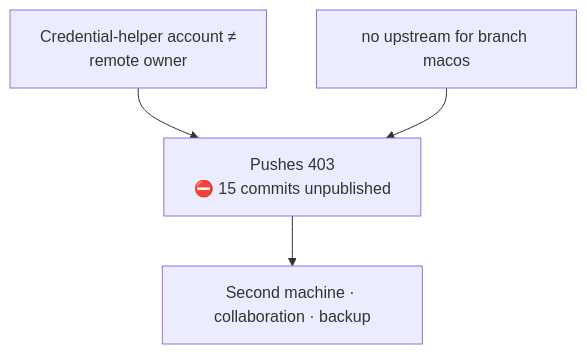
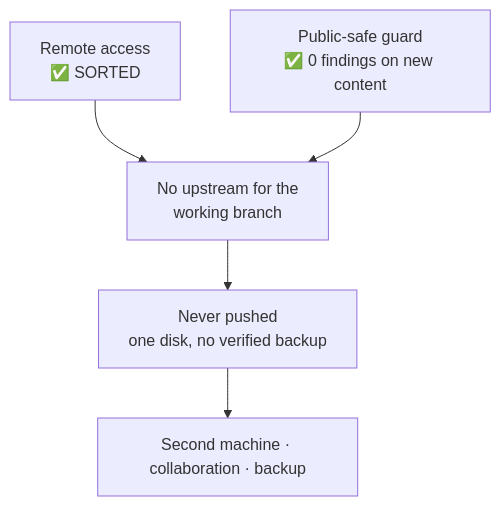
The second of 3 diagrams in docs/STATE.md (sibulus13/claudence), drawn with Mermaid before and after one commit. The commit also changed other lines of this file, not shown here.

First line of the commit message:
docs: reconcile the state page — the credential blocker cleared

````diff
--- a/docs/STATE.md
+++ b/docs/STATE.md
@@ -58,11 +63,12 @@
 ```mermaid
 flowchart TD
-  I["Credential-helper account ≠<br/>remote owner"]
-  U["no upstream for branch macos"]
-  PUSH["Pushes 403<br/>⛔ 15 commits unpublished"]
+  C["Remote access<br/>✅ SORTED"]
+  G["Public-safe guard<br/>✅ 0 findings on new content"]
+  U["No upstream for the<br/>working branch"]
+  PUSH["Never pushed<br/>one disk, no verified backup"]
   M["Second machine · collaboration · backup"]
 
-  I --> PUSH
-  U --> PUSH
-  PUSH --> M
+  C --> U
+  G --> U
+  U --> PUSH --> M
 ```
````
